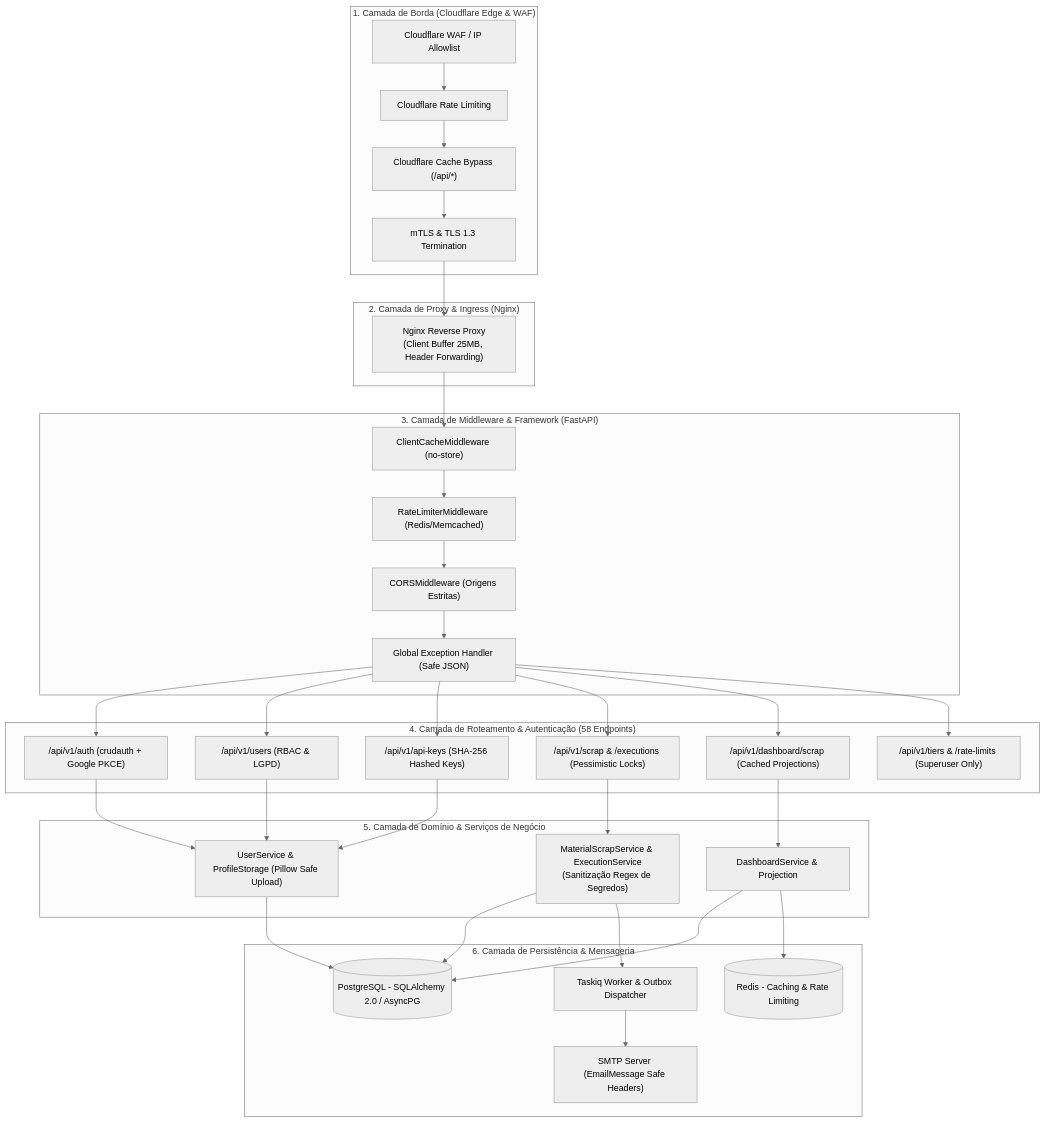
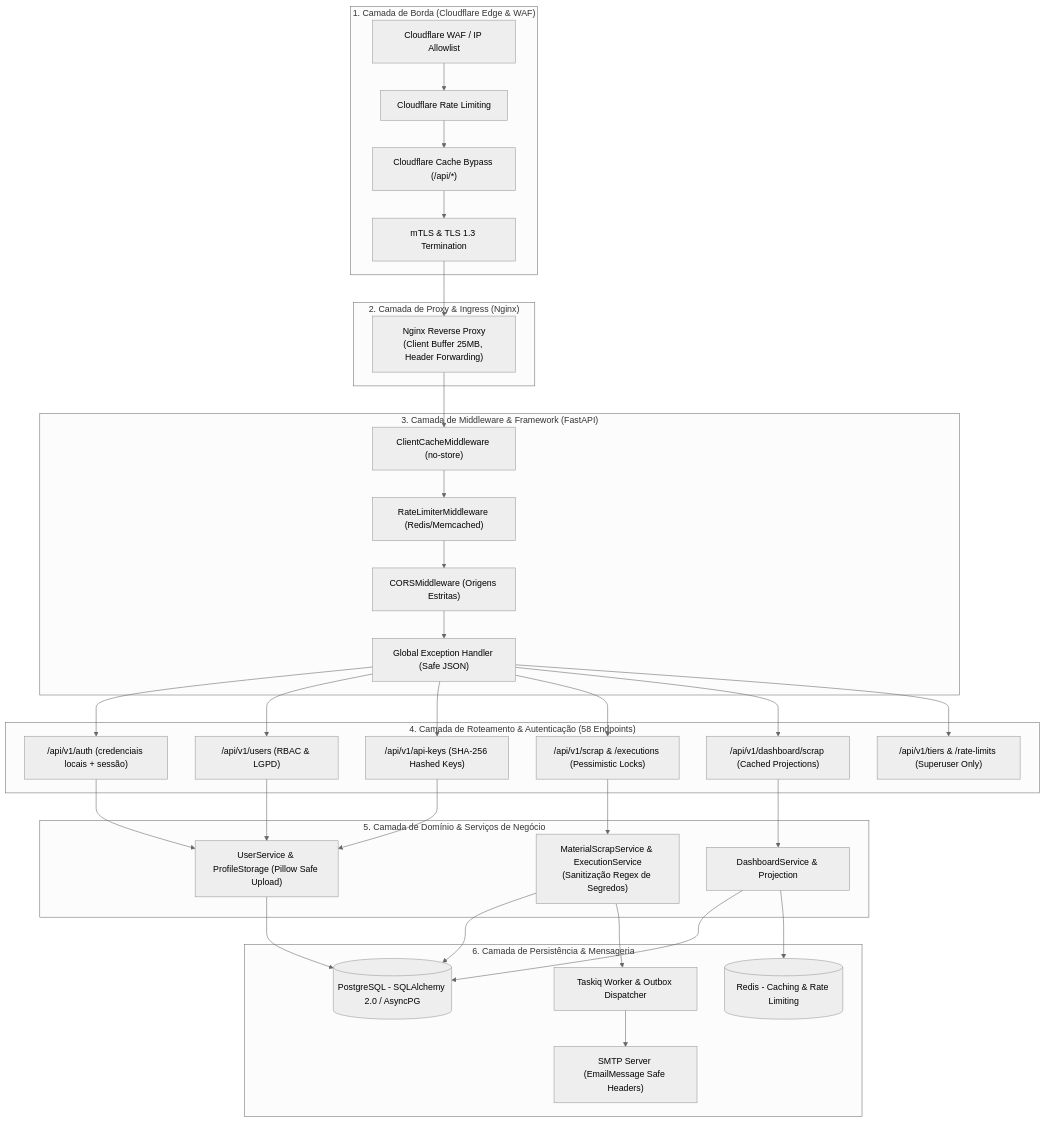
The first of 2 diagrams in docs/api-security-audit/auditoria-profunda-endpoints-e-fluxo-dados.md (Messyas/hanaro), drawn with Mermaid (neutral theme) before and after one commit. The commit also changed other lines of this file and 40 other files, not shown here.

````diff
--- a/docs/api-security-audit/auditoria-profunda-endpoints-e-fluxo-dados.md
+++ b/docs/api-security-audit/auditoria-profunda-endpoints-e-fluxo-dados.md
@@ -15,54 +15,54 @@
 ```mermaid
 graph TD
     subgraph "1. Camada de Borda (Cloudflare Edge & WAF)"
         CF_WAF["Cloudflare WAF / IP Allowlist"]
         CF_RL["Cloudflare Rate Limiting"]
         CF_Cache["Cloudflare Cache Bypass (/api/*)"]
         CF_TLS["mTLS & TLS 1.3 Termination"]
     end
 
     subgraph "2. Camada de Proxy & Ingress (Nginx)"
         NGX["Nginx Reverse Proxy<br/>(Client Buffer 25MB, Header Forwarding)"]
     end
 
     subgraph "3. Camada de Middleware & Framework (FastAPI)"
         MW_Cache["ClientCacheMiddleware (no-store)"]
         MW_RL["RateLimiterMiddleware (Redis/Memcached)"]
         MW_CORS["CORSMiddleware (Origens Estritas)"]
         MW_Err["Global Exception Handler (Safe JSON)"]
     end
 
     subgraph "4. Camada de Roteamento & Autenticação (58 Endpoints)"
-        R_Auth["/api/v1/auth (crudauth + Google PKCE)"]
+        R_Auth["/api/v1/auth (credenciais locais + sessão)"]
         R_User["/api/v1/users (RBAC & LGPD)"]
         R_Key["/api/v1/api-keys (SHA-256 Hashed Keys)"]
         R_Scrap["/api/v1/scrap & /executions (Pessimistic Locks)"]
         R_Dash["/api/v1/dashboard/scrap (Cached Projections)"]
         R_Tier["/api/v1/tiers & /rate-limits (Superuser Only)"]
     end
 
     subgraph "5. Camada de Domínio & Serviços de Negócio"
         S_Scrap["MaterialScrapService & ExecutionService<br/>(Sanitização Regex de Segredos)"]
         S_Dash["DashboardService & Projection"]
         S_User["UserService & ProfileStorage (Pillow Safe Upload)"]
     end
 
     subgraph "6. Camada de Persistência & Mensageria"
         DB[(PostgreSQL - SQLAlchemy 2.0 / AsyncPG)]
         Cache_Redis[(Redis - Caching & Rate Limiting)]
         Taskiq_Worker["Taskiq Worker & Outbox Dispatcher"]
         SMTP_Relay["SMTP Server (EmailMessage Safe Headers)"]
     end
 
     CF_WAF --> CF_RL --> CF_Cache --> CF_TLS --> NGX
     NGX --> MW_Cache --> MW_RL --> MW_CORS --> MW_Err
     MW_Err --> R_Auth & R_User & R_Key & R_Scrap & R_Dash & R_Tier
     R_Auth & R_User --> S_User
     R_Key --> S_User
     R_Scrap --> S_Scrap
     R_Dash --> S_Dash
     S_User & S_Scrap & S_Dash --> DB
     S_Dash --> Cache_Redis
     S_Scrap --> Taskiq_Worker
     Taskiq_Worker --> SMTP_Relay
 ```
````
